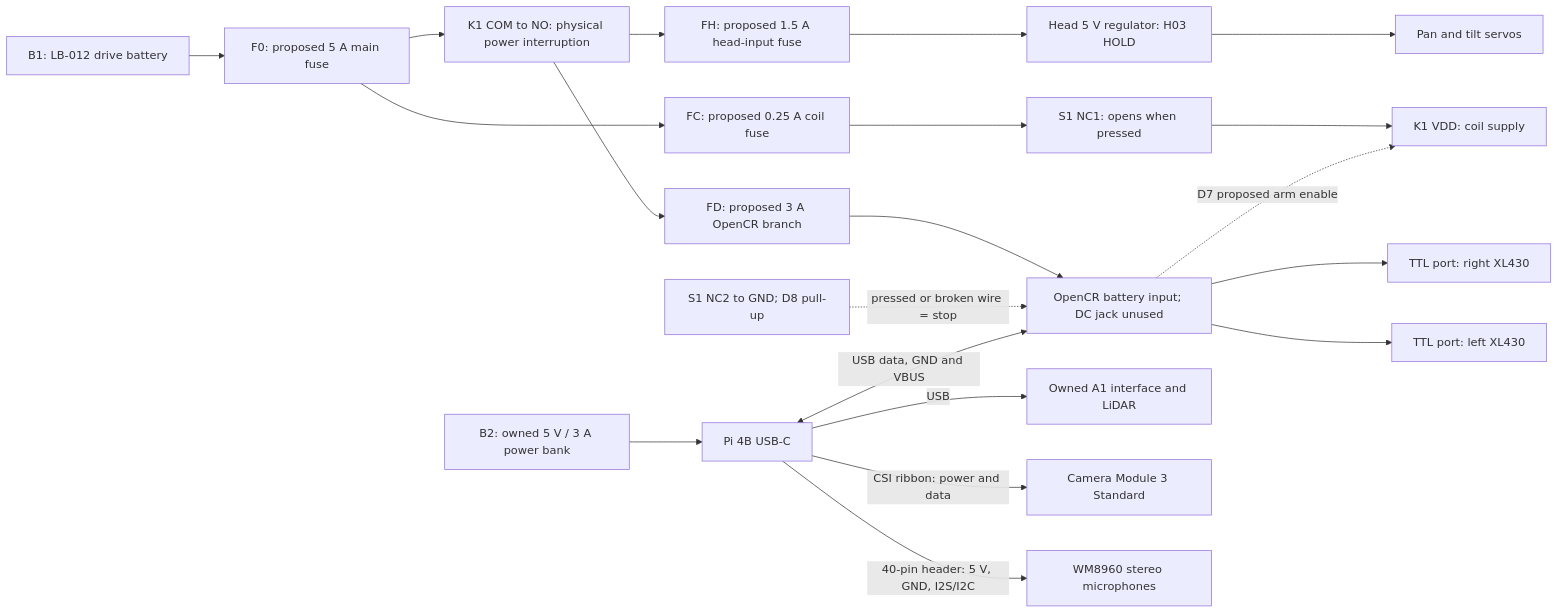
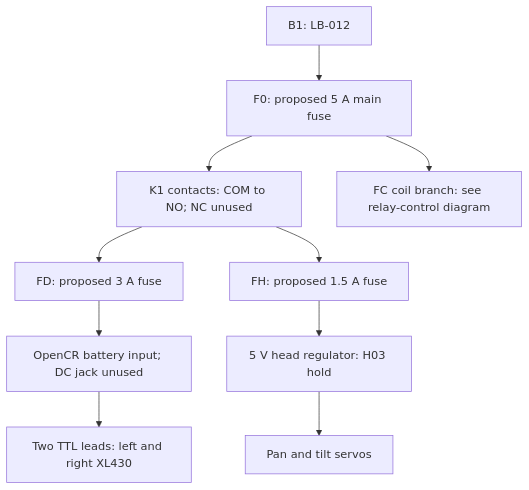
One commit to c-daly/skala changed the first of 3 diagrams in docs/assembly/s1-system-plan.md. Above: the diagram before and after it, drawn with Mermaid. The commit also changed other lines of this file and 26 other files, not shown here.

````diff
--- a/docs/assembly/s1-system-plan.md
+++ b/docs/assembly/s1-system-plan.md
@@ -45,22 +51,12 @@
 ```mermaid
-flowchart LR
-  B1["B1: LB-012 drive battery"] --> F0["F0: proposed 5 A main fuse"]
-  F0 --> K1["K1 COM to NO: physical power interruption"]
-  F0 --> FC["FC: proposed 0.25 A coil fuse"]
-  FC --> S1["S1 NC1: opens when pressed"]
-  S1 --> COIL["K1 VDD: coil supply"]
-  K1 --> FD["FD: proposed 3 A OpenCR branch"]
+flowchart TD
+  B1["B1: LB-012"] --> F0["F0: proposed 5 A main fuse"]
+  F0 --> K1["K1 contacts: COM to NO; NC unused"]
+  F0 --> COILFEED["FC coil branch: see relay-control diagram"]
+  K1 --> FD["FD: proposed 3 A fuse"]
   FD --> CR["OpenCR battery input; DC jack unused"]
-  CR --> L["TTL port: left XL430"]
-  CR --> R["TTL port: right XL430"]
-  K1 --> FH["FH: proposed 1.5 A head-input fuse"]
-  FH --> REG["Head 5 V regulator: H03 HOLD"]
+  CR --> TRACKS["Two TTL leads: left and right XL430"]
+  K1 --> FH["FH: proposed 1.5 A fuse"]
+  FH --> REG["5 V head regulator: H03 hold"]
   REG --> HEAD["Pan and tilt servos"]
-  CR -. "D7 proposed arm enable" .-> COIL
-  SENSE["S1 NC2 to GND; D8 pull-up"] -. "pressed or broken wire = stop" .-> CR
-  B2["B2: owned 5 V / 3 A power bank"] --> PI["Pi 4B USB-C"]
-  PI <-->|"USB data, GND and VBUS"| CR
-  PI -->|"USB"| A1["Owned A1 interface and LiDAR"]
-  PI -->|"CSI ribbon: power and data"| CAM["Camera Module 3 Standard"]
-  PI -->|"40-pin header: 5 V, GND, I2S/I2C"| HAT["WM8960 stereo microphones"]
 ```
````
